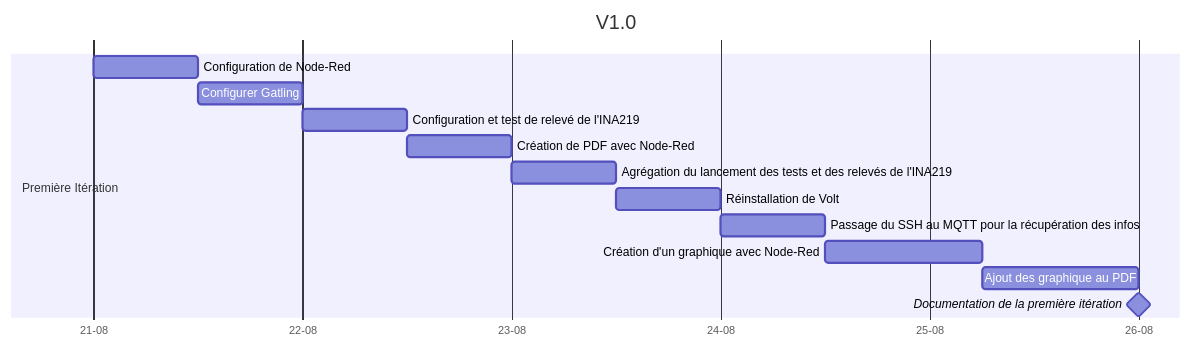
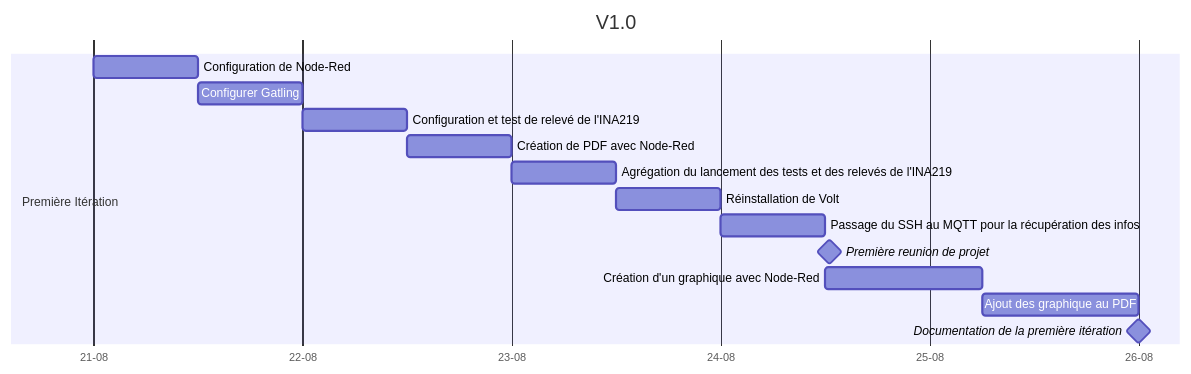
The second of 5 diagrams in docs/rapport.md (TobbyCy/CuriousTRex), drawn with Mermaid before and after one commit. The commit also changed other lines of this file and 22 other files, not shown here.

````diff
--- a/docs/rapport.md
+++ b/docs/rapport.md
@@ -435,22 +438,23 @@
 ```mermaid
 gantt
     dateFormat  YYYY-MM-DD
     title       V1.0
     excludes    weekends
     axisFormat %d-%m
     tickInterval 1day
     section Première Itération
 
     Configuration de Node-Red  : V1-d1, 2023-08-21, 12h
     Configurer Gatling  : V1-d2, after V1-d1, 12h
     Configuration et test de relevé de l'INA219  : V1-d3, after V1-d2, 12h
     Création de PDF avec Node-Red : V1-d4, after V1-d3, 12h
     Agrégation du lancement des tests et des relevés de l'INA219 : V1-d5, after V1-d4, 12h
     Réinstallation de Volt : V1-d6, after V1-d5, 12h
     Passage du SSH au MQTT pour la récupération des infos : V1-d7, after V1-d6, 12h
+    Première reunion de projet : milestone, V1-dR, after V1-d7, 1h
     Création d'un graphique avec Node-Red : V1-d8, after V1-d7, 18h
     Ajout des graphique au PDF : V1-d9, after V1-d8, 18h
     Documentation de la première itération : milestone, V1-d10, after V1-d9, 0h
     
 
 ```
````
